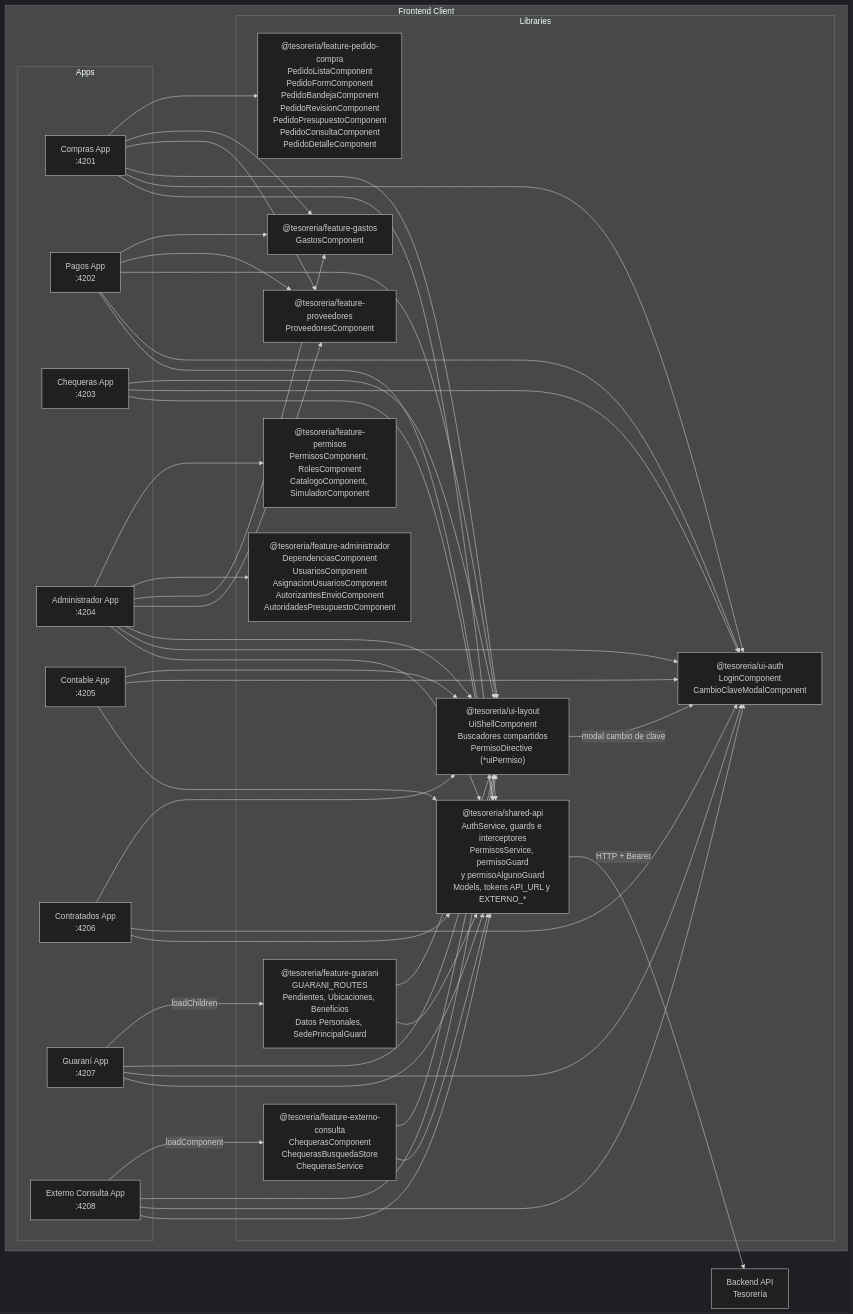
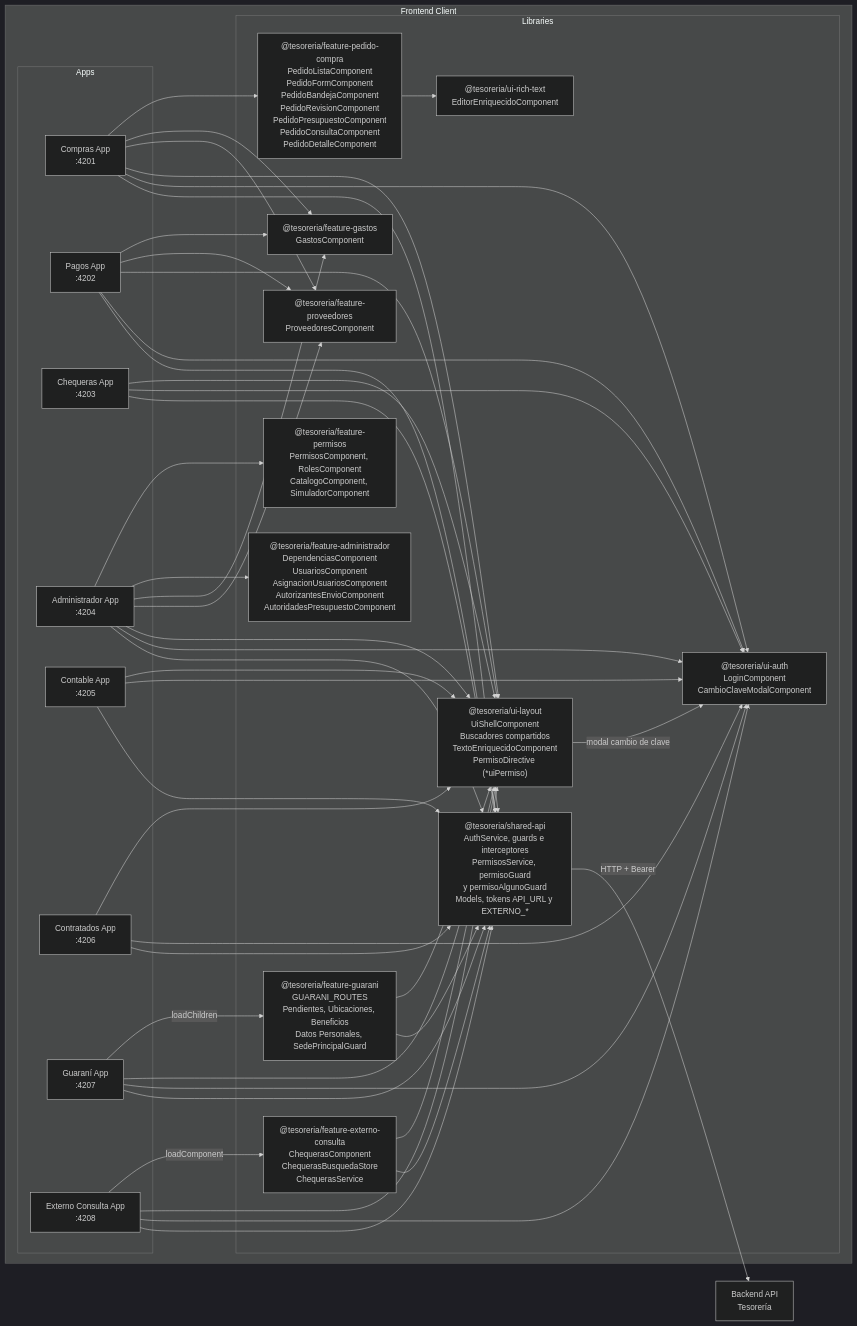
Before and after one commit to UM-services/UM.tesoreria.frontend-client: the first of 7 diagrams in docs/architecture.md, drawn with Mermaid (dark theme). The commit also changed other lines of this file and 3 other files, not shown here.

First line of the commit message:
docs: reflejar ui-rich-text y versiones

````diff
--- a/docs/architecture.md
+++ b/docs/architecture.md
@@ -5,79 +5,82 @@
 ```mermaid
     flowchart LR
     subgraph "Frontend Client"
         subgraph "Apps"
             Compras["Compras App<br/>:4201"]
             Pagos["Pagos App<br/>:4202"]
             Chequeras["Chequeras App<br/>:4203"]
             Admin["Administrador App<br/>:4204"]
             Contable["Contable App<br/>:4205"]
             Contratados["Contratados App<br/>:4206"]
             Guarani["Guaraní App<br/>:4207"]
             ExternoConsulta["Externo Consulta App<br/>:4208"]
         end
 
         subgraph "Libraries"
             SharedAPI["@tesoreria/shared-api<br/>AuthService, guards e interceptores<br/>PermisosService, permisoGuard<br/>y permisoAlgunoGuard<br/>Models, tokens API_URL y EXTERNO_*"]
             UIAuth["@tesoreria/ui-auth<br/>LoginComponent<br/>CambioClaveModalComponent"]
-            UILayout["@tesoreria/ui-layout<br/>UiShellComponent<br/>Buscadores compartidos<br/>PermisoDirective (*uiPermiso)"]
+            UILayout["@tesoreria/ui-layout<br/>UiShellComponent<br/>Buscadores compartidos<br/>TextoEnriquecidoComponent<br/>PermisoDirective (*uiPermiso)"]
+            UIRichText["@tesoreria/ui-rich-text<br/>EditorEnriquecidoComponent"]
             FeatureProveedores["@tesoreria/feature-proveedores<br/>ProveedoresComponent"]
             FeatureGastos["@tesoreria/feature-gastos<br/>GastosComponent"]
             FeaturePedidoCompra["@tesoreria/feature-pedido-compra<br/>PedidoListaComponent<br/>PedidoFormComponent<br/>PedidoBandejaComponent<br/>PedidoRevisionComponent<br/>PedidoPresupuestoComponent<br/>PedidoConsultaComponent<br/>PedidoDetalleComponent"]
             FeatureAdministrador["@tesoreria/feature-administrador<br/>DependenciasComponent<br/>UsuariosComponent<br/>AsignacionUsuariosComponent<br/>AutorizantesEnvioComponent<br/>AutoridadesPresupuestoComponent"]
             FeaturePermisos["@tesoreria/feature-permisos<br/>PermisosComponent, RolesComponent<br/>CatalogoComponent, SimuladorComponent"]
             FeatureGuarani["@tesoreria/feature-guarani<br/>GUARANI_ROUTES<br/>Pendientes, Ubicaciones, Beneficios<br/>Datos Personales, SedePrincipalGuard"]
             FeatureExterno["@tesoreria/feature-externo-consulta<br/>ChequerasComponent<br/>ChequerasBusquedaStore<br/>ChequerasService"]
         end
     end
 
     Compras --> SharedAPI
     Compras --> UIAuth
     Compras --> UILayout
     Compras --> FeatureProveedores
     Compras --> FeatureGastos
     Compras --> FeaturePedidoCompra
 
     Pagos --> SharedAPI
     Pagos --> UIAuth
     Pagos --> UILayout
     Pagos --> FeatureProveedores
     Pagos --> FeatureGastos
 
     Chequeras --> SharedAPI
     Chequeras --> UIAuth
     Chequeras --> UILayout
 
     Admin --> SharedAPI
     Admin --> UIAuth
     Admin --> UILayout
     Admin --> FeatureProveedores
     Admin --> FeatureGastos
     Admin --> FeatureAdministrador
     Admin --> FeaturePermisos
 
     Contable --> SharedAPI
     Contable --> UIAuth
     Contable --> UILayout
 
     Contratados --> SharedAPI
     Contratados --> UIAuth
     Contratados --> UILayout
 
     Guarani --> SharedAPI
     Guarani --> UIAuth
     Guarani --> UILayout
     Guarani -->|"loadChildren"| FeatureGuarani
     FeatureGuarani --> SharedAPI
     FeatureGuarani --> UILayout
 
     ExternoConsulta --> SharedAPI
     ExternoConsulta --> UIAuth
     ExternoConsulta --> UILayout
     ExternoConsulta -->|"loadComponent"| FeatureExterno
     FeatureExterno --> SharedAPI
     FeatureExterno --> UILayout
 
+    FeaturePedidoCompra --> UIRichText
+
     UILayout -->|"modal cambio de clave"| UIAuth
 
     SharedAPI -->|"HTTP + Bearer"| BackendAPI["Backend API<br/>Tesorería"]
 ```
````
